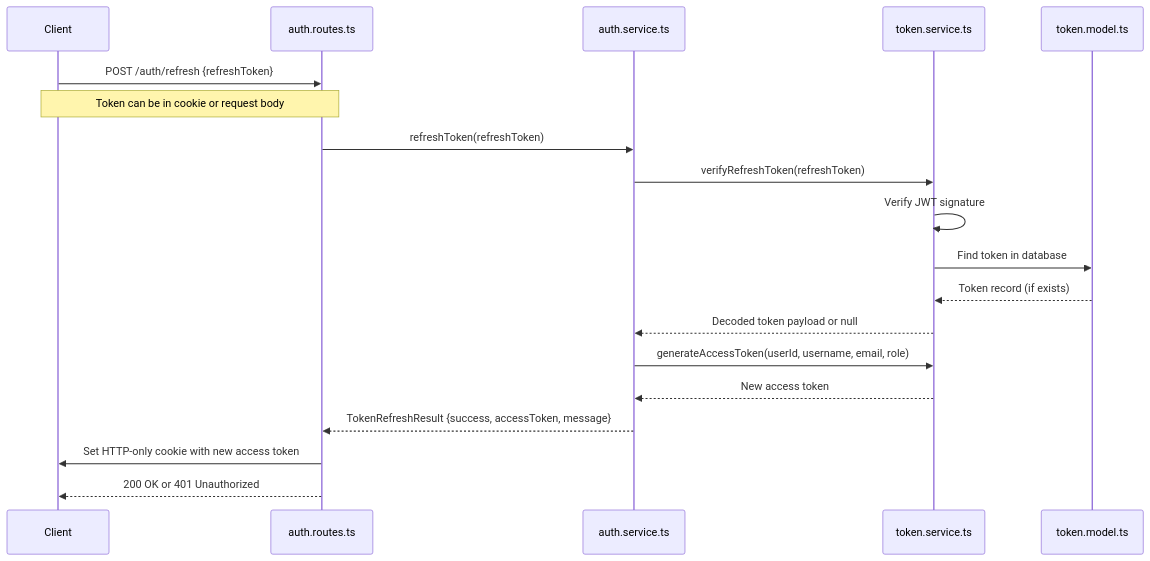
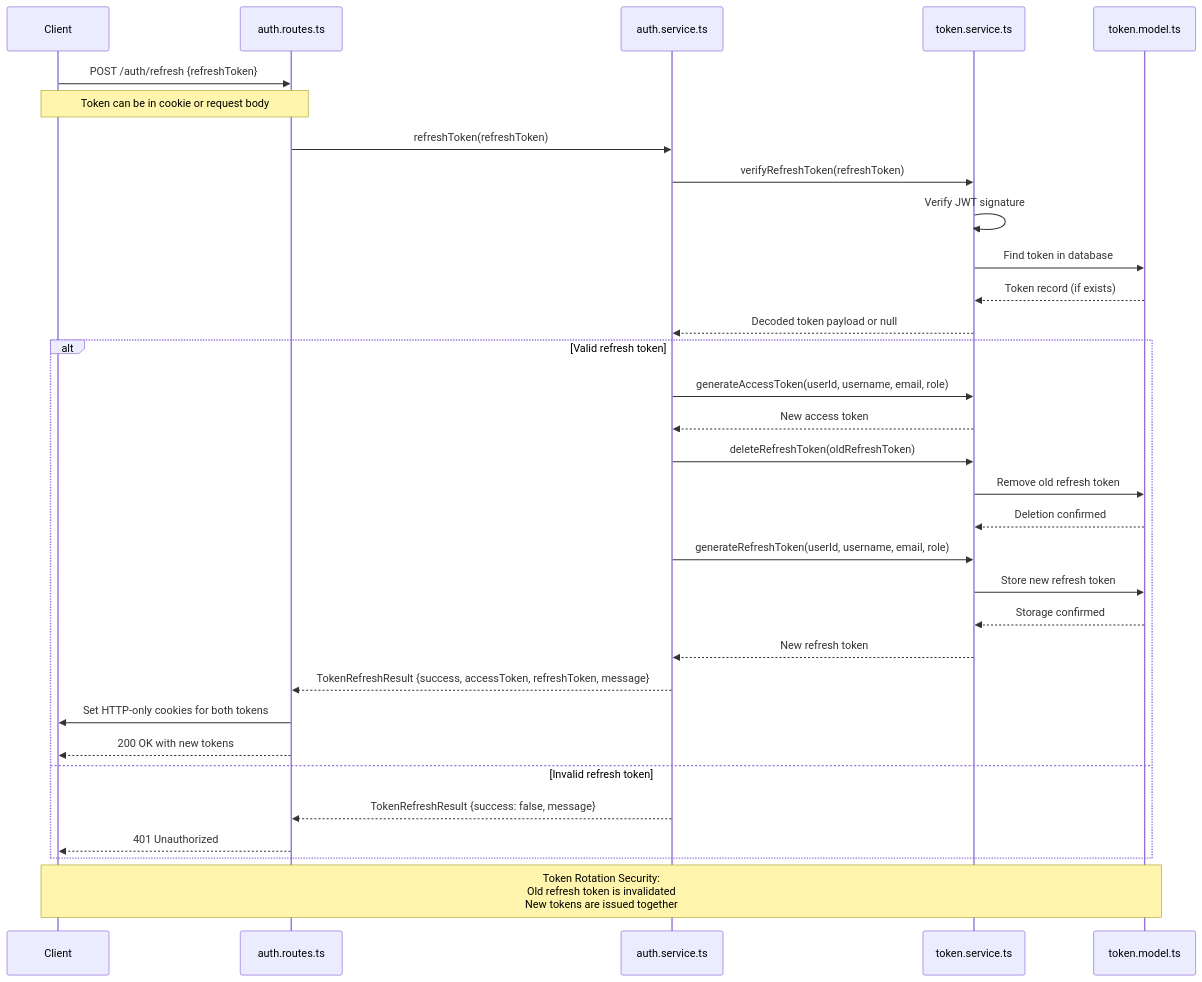
The fourth of 9 diagrams in CodeMap/AuthServiceCodeMap.md (enoch-sit/boilerplate-accounting-nodejs-typescript), drawn with Mermaid before and after one commit. The commit also changed other lines of this file and 7 other files, not shown here.

Commit message:
refresh token

````diff
--- a/CodeMap/AuthServiceCodeMap.md
+++ b/CodeMap/AuthServiceCodeMap.md
@@ -209,26 +209,42 @@
 ```mermaid
 sequenceDiagram
     participant Client
     participant AuthRoutes as auth.routes.ts
     participant AuthService as auth.service.ts
     participant TokenService as token.service.ts
     participant TokenModel as token.model.ts
     
     Client->>AuthRoutes: POST /auth/refresh {refreshToken}
     Note over Client, AuthRoutes: Token can be in cookie or request body
     
     AuthRoutes->>AuthService: refreshToken(refreshToken)
     AuthService->>TokenService: verifyRefreshToken(refreshToken)
     
     TokenService->>TokenService: Verify JWT signature
     TokenService->>TokenModel: Find token in database
     TokenModel-->>TokenService: Token record (if exists)
     TokenService-->>AuthService: Decoded token payload or null
     
-    AuthService->>TokenService: generateAccessToken(userId, username, email, role)
-    TokenService-->>AuthService: New access token
+    alt Valid refresh token
+        AuthService->>TokenService: generateAccessToken(userId, username, email, role)
+        TokenService-->>AuthService: New access token
+        
+        AuthService->>TokenService: deleteRefreshToken(oldRefreshToken)
+        TokenService->>TokenModel: Remove old refresh token
+        TokenModel-->>TokenService: Deletion confirmed
+        
+        AuthService->>TokenService: generateRefreshToken(userId, username, email, role)
+        TokenService->>TokenModel: Store new refresh token
+        TokenModel-->>TokenService: Storage confirmed
+        TokenService-->>AuthService: New refresh token
+        
+        AuthService-->>AuthRoutes: TokenRefreshResult {success, accessToken, refreshToken, message}
+        AuthRoutes->>Client: Set HTTP-only cookies for both tokens
+        AuthRoutes-->>Client: 200 OK with new tokens
+    else Invalid refresh token
+        AuthService-->>AuthRoutes: TokenRefreshResult {success: false, message}
+        AuthRoutes-->>Client: 401 Unauthorized
+    end
     
-    AuthService-->>AuthRoutes: TokenRefreshResult {success, accessToken, message}
-    AuthRoutes->>Client: Set HTTP-only cookie with new access token
-    AuthRoutes-->>Client: 200 OK or 401 Unauthorized
+    Note over Client, TokenModel: Token Rotation Security:<br/>Old refresh token is invalidated<br/>New tokens are issued together
 ```
````
